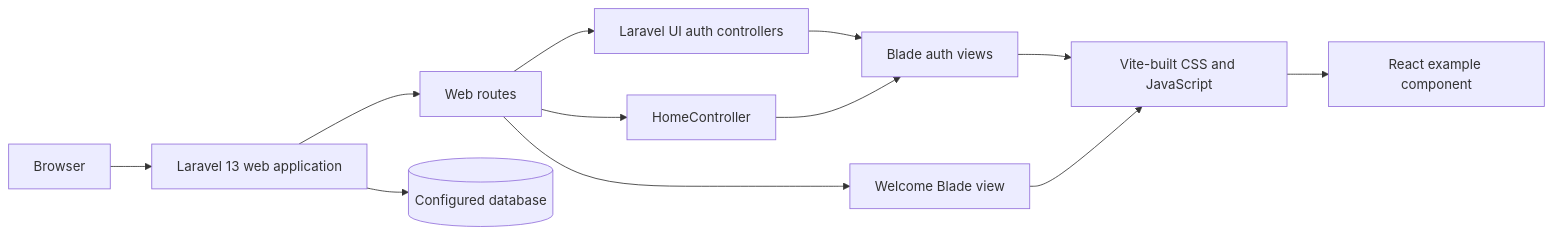
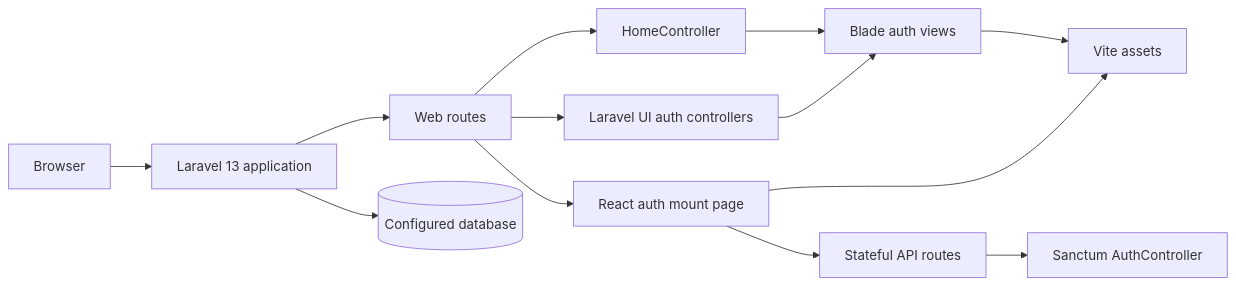
Before and after one commit to artgolwebdev/lara-multi-vendors-shop: the diagram in docs/architecture/overview.md, drawn with Mermaid. The commit also changed other lines of this file and 35 other files, not shown here.

Commit message:
feat(auth): add React Sanctum API authentication

````diff
--- a/docs/architecture/overview.md
+++ b/docs/architecture/overview.md
@@ -7,14 +7,15 @@
 ```mermaid
 flowchart LR
-    Browser --> Laravel[Laravel 13 web application]
-    Laravel --> Routes[Web routes]
-    Routes --> Auth[Laravel UI auth controllers]
-    Routes --> Home[HomeController]
+    Browser --> Laravel[Laravel 13 application]
+    Laravel --> WebRoutes[Web routes]
+    WebRoutes --> ReactPage[React auth mount page]
+    ReactPage --> Vite[Vite assets]
+    ReactPage --> ApiRoutes[Stateful API routes]
+    ApiRoutes --> ApiAuth[Sanctum AuthController]
+    WebRoutes --> Auth[Laravel UI auth controllers]
+    WebRoutes --> Home[HomeController]
     Auth --> Views[Blade auth views]
     Home --> Views
-    Routes --> Welcome[Welcome Blade view]
-    Views --> Vite[Vite-built CSS and JavaScript]
-    Welcome --> Vite
+    Views --> Vite
     Laravel --> DB[(Configured database)]
-    Vite --> React[React example component]
 ```
````
